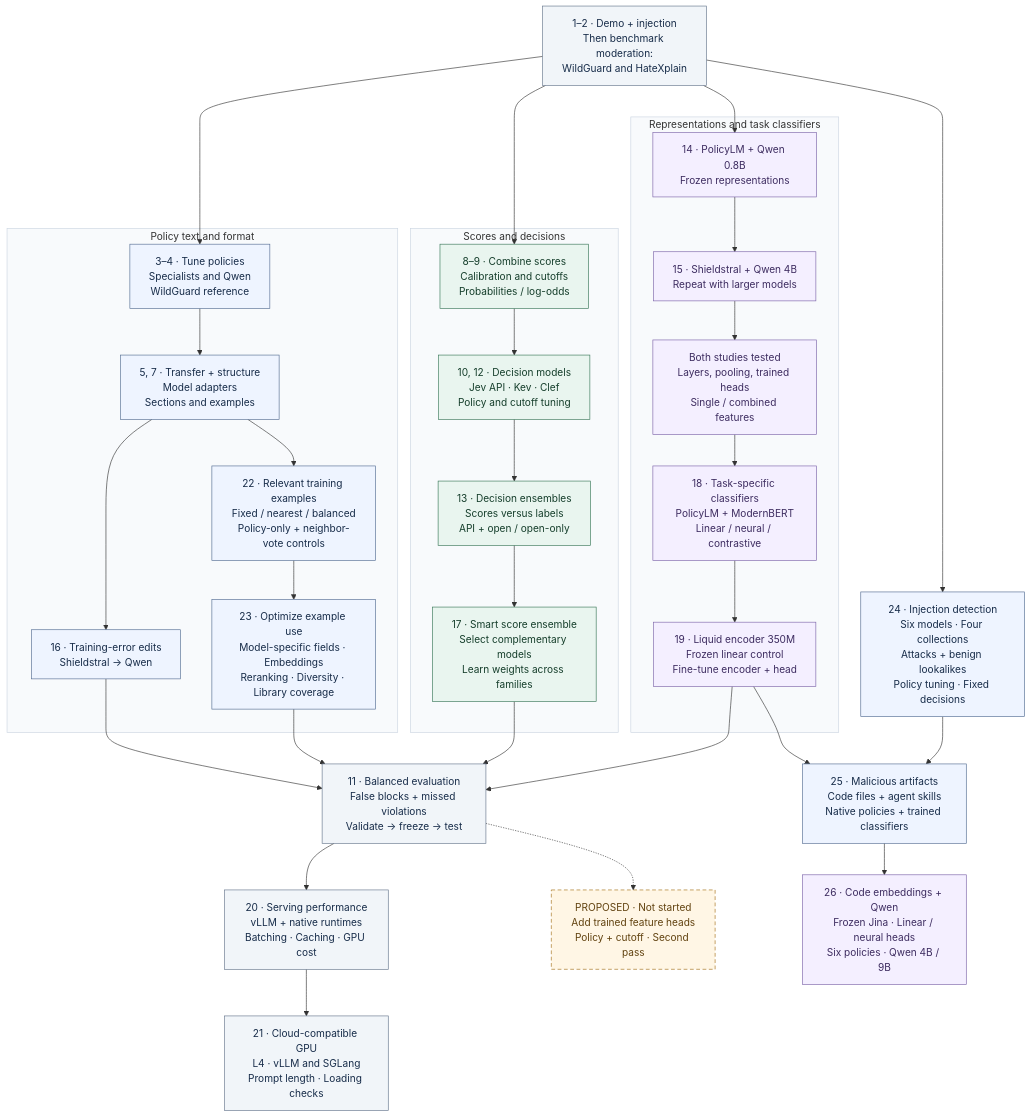
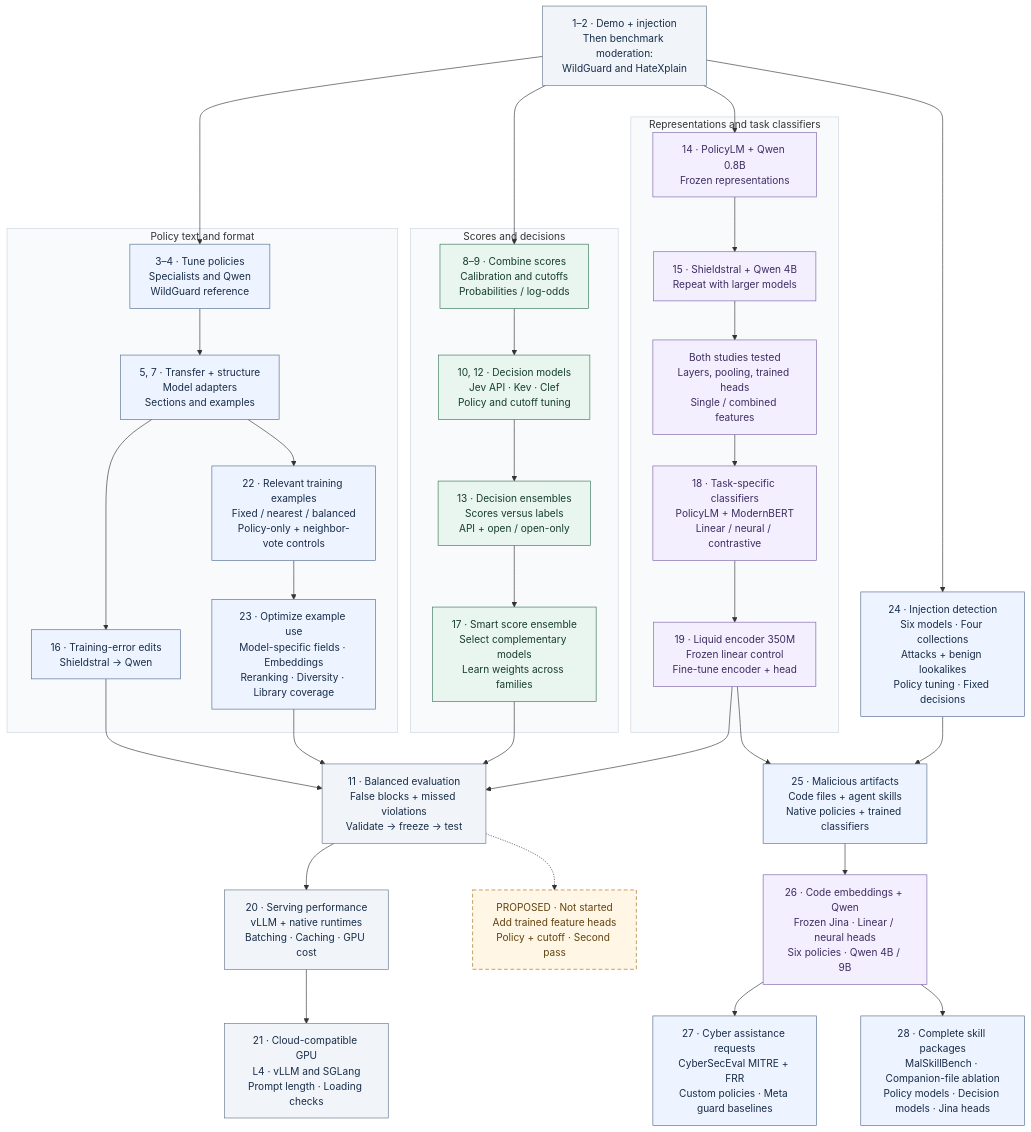
The diagram in README.md (harshsinghal/safeguard-eval), drawn with Mermaid before and after one commit. The commit also changed other lines of this file and 277 other files, not shown here.

Commit message:
Publish cyber request and complete skill package experiments

````diff
--- a/README.md
+++ b/README.md
@@ -29,64 +27,66 @@
 ```mermaid
 flowchart TB
     START["1–2 · Demo + injection<br/>Then benchmark moderation:<br/>WildGuard and HateXplain"]
 
     subgraph POLICY["Policy text and format"]
         P1["3–4 · Tune policies<br/>Specialists and Qwen<br/>WildGuard reference"]
         P2["5, 7 · Transfer + structure<br/>Model adapters<br/>Sections and examples"]
         P3["16 · Training-error edits<br/>Shieldstral → Qwen"]
         P4["22 · Relevant training examples<br/>Fixed / nearest / balanced<br/>Policy-only + neighbor-vote controls"]
         P5["23 · Optimize example use<br/>Model-specific fields · Embeddings<br/>Reranking · Diversity · Library coverage"]
         P1 --> P2 --> P3
         P2 --> P4 --> P5
     end
 
     subgraph SCORES["Scores and decisions"]
         S1["8–9 · Combine scores<br/>Calibration and cutoffs<br/>Probabilities / log-odds"]
         S2["10, 12 · Decision models<br/>Jev API · Kev · Clef<br/>Policy and cutoff tuning"]
         S3["13 · Decision ensembles<br/>Scores versus labels<br/>API + open / open-only"]
         S4["17 · Smart score ensemble<br/>Select complementary models<br/>Learn weights across families"]
         S1 --> S2 --> S3 --> S4
     end
 
     subgraph FEATURES["Representations and task classifiers"]
         F1["14 · PolicyLM + Qwen 0.8B<br/>Frozen representations"]
         F2["15 · Shieldstral + Qwen 4B<br/>Repeat with larger models"]
         F3["Both studies tested<br/>Layers, pooling, trained heads<br/>Single / combined features"]
         F4["18 · Task-specific classifiers<br/>PolicyLM + ModernBERT<br/>Linear / neural / contrastive"]
         F5["19 · Liquid encoder 350M<br/>Frozen linear control<br/>Fine-tune encoder + head"]
         F1 --> F2 --> F3 --> F4 --> F5
     end
 
     START --> P1
     START --> S1
     START --> F1
     P3 --> EVIDENCE
     P5 --> EVIDENCE
     S4 --> EVIDENCE
     F5 --> EVIDENCE
     EVIDENCE["11 · Balanced evaluation<br/>False blocks + missed violations<br/>Validate → freeze → test"]
     EVIDENCE --> SERVING["20 · Serving performance<br/>vLLM + native runtimes<br/>Batching · Caching · GPU cost"]
     SERVING --> CLOUD["21 · Cloud-compatible GPU<br/>L4 · vLLM and SGLang<br/>Prompt length · Loading checks"]
     EVIDENCE -.-> NEXT["PROPOSED · Not started<br/>Add trained feature heads<br/>Policy + cutoff · Second pass"]
 
     START --> INJECTION["24 · Injection detection<br/>Six models · Four collections<br/>Attacks + benign lookalikes<br/>Policy tuning · Fixed decisions"]
 
     INJECTION --> ARTIFACTS["25 · Malicious artifacts<br/>Code files + agent skills<br/>Native policies + trained classifiers"]
     F5 --> ARTIFACTS
     ARTIFACTS --> ARTREP["26 · Code embeddings + Qwen<br/>Frozen Jina · Linear / neural heads<br/>Six policies · Qwen 4B / 9B"]
+    ARTREP --> CYBER["27 · Cyber assistance requests<br/>CyberSecEval MITRE + FRR<br/>Custom policies · Meta guard baselines"]
+    ARTREP --> SKILLS["28 · Complete skill packages<br/>MalSkillBench · Companion-file ablation<br/>Policy models · Decision models · Jina heads"]
 
     classDef neutral fill:#f1f5f9,stroke:#64748b,color:#172c49;
     classDef policy fill:#eef4ff,stroke:#526b91,color:#172c49;
     classDef scores fill:#e9f5ef,stroke:#367556,color:#153e2b;
     classDef features fill:#f4efff,stroke:#7b63a8,color:#3d2c60;
     classDef proposed fill:#fff6e5,stroke:#a36e16,color:#61420f,stroke-dasharray:6 4;
     class START,EVIDENCE,SERVING,CLOUD neutral;
     class P1,P2,P3,P4,P5 policy;
     class S1,S2,S3,S4 scores;
     class F1,F2,F3,F4,F5,ARTREP features;
     class NEXT proposed;
-    class INJECTION,ARTIFACTS policy;
+    class INJECTION,ARTIFACTS,CYBER,SKILLS policy;
     style POLICY fill:#f8fafc,stroke:#cbd5e1
     style SCORES fill:#f8fafc,stroke:#cbd5e1
     style FEATURES fill:#f8fafc,stroke:#cbd5e1
 ```
````
